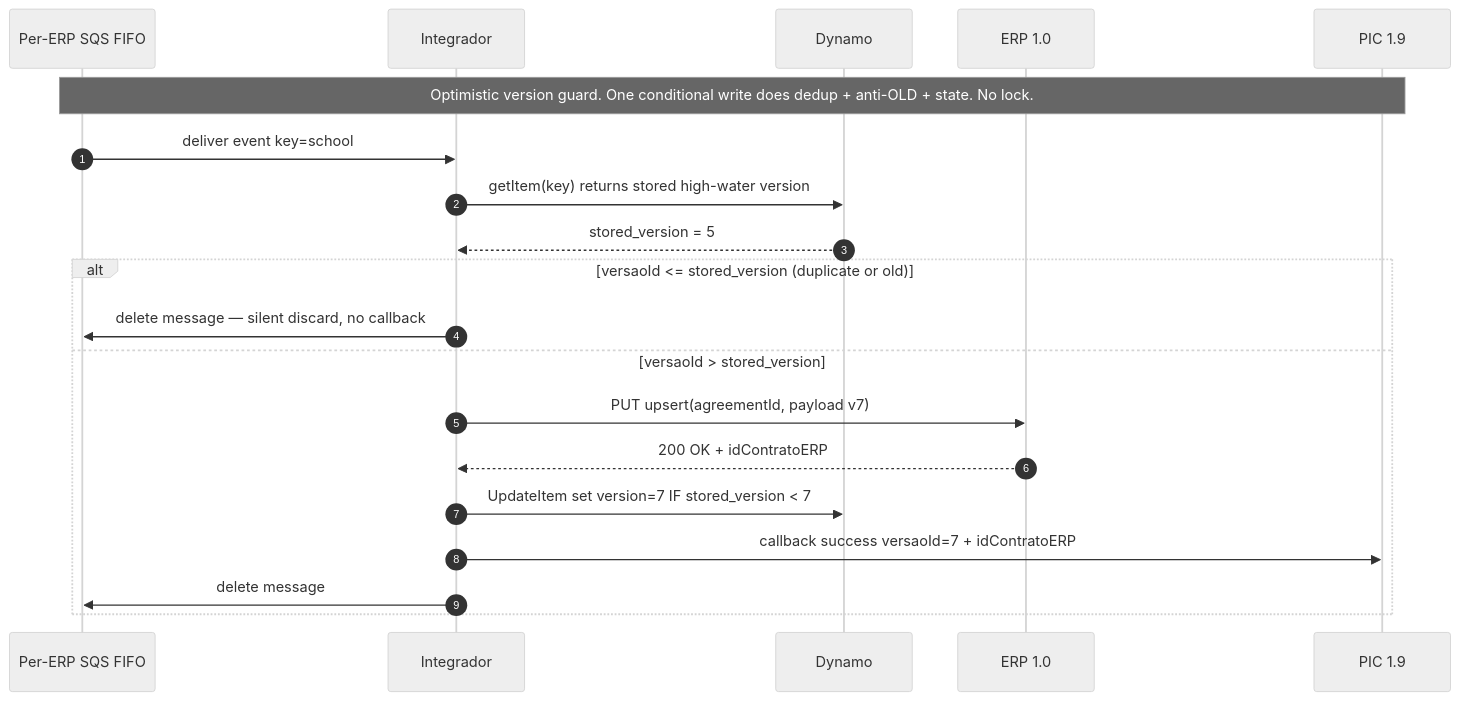
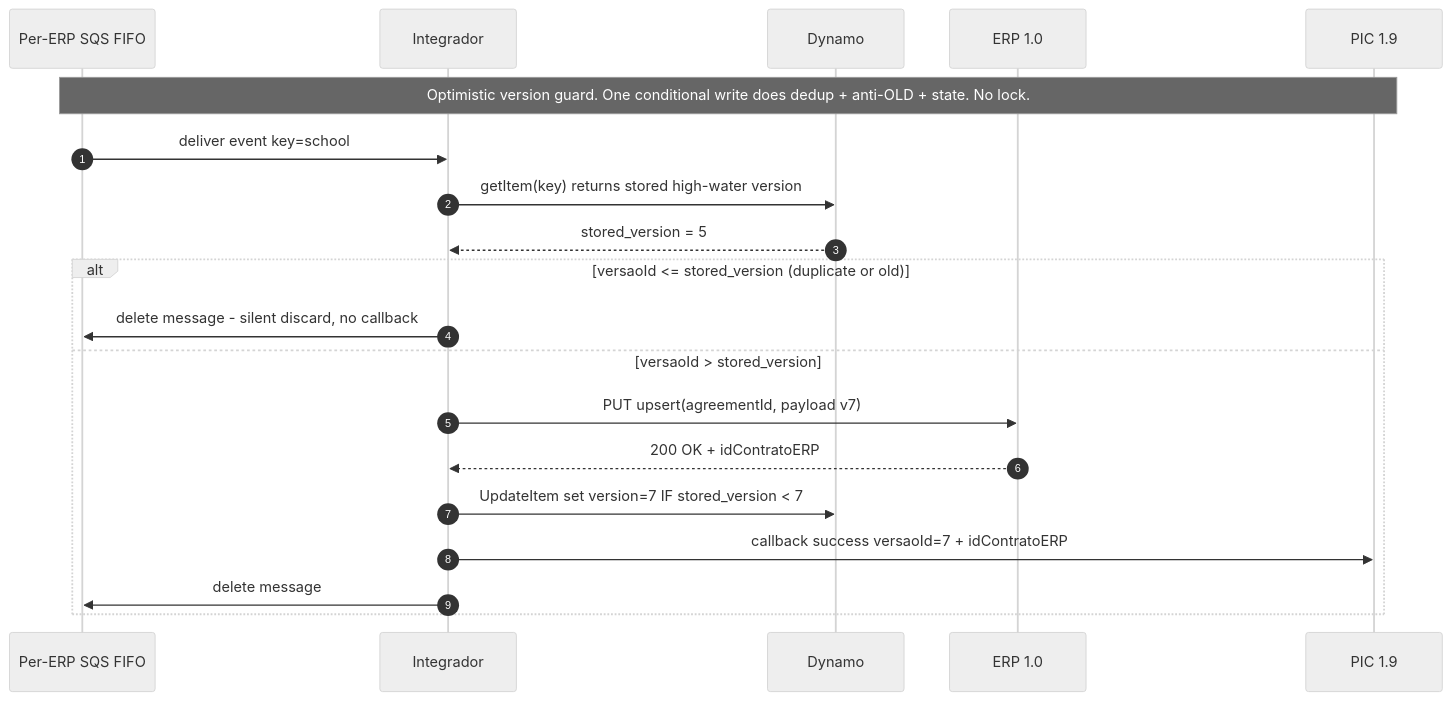
Before and after one commit to brunogsa/unix-utils: the second of 3 diagrams in configs/ai-docs/claude/skills/design-docs/references/example-good-adr.md, drawn with Mermaid (neutral theme). The commit also changed other lines of this file and 350 other files, not shown here.

````diff
--- a/configs/ai-docs/claude/skills/design-docs/references/example-good-adr.md
+++ b/configs/ai-docs/claude/skills/design-docs/references/example-good-adr.md
@@ -108,24 +108,24 @@
 ```mermaid
 sequenceDiagram
   autonumber
   participant Q as Per-ERP SQS FIFO
   participant C as Integrador
   participant D as Dynamo
   participant E as ERP 1.0
   participant P as PIC 1.9
 
   Note over Q,P: Optimistic version guard. One conditional write does dedup + anti-OLD + state. No lock.
 
   Q->>C: deliver event key=school#brand#agreement versaoId=7
   C->>D: getItem(key) returns stored high-water version
   D-->>C: stored_version = 5
   alt versaoId <= stored_version (duplicate or old)
-    C->>Q: delete message — silent discard, no callback
+    C->>Q: delete message - silent discard, no callback
   else versaoId > stored_version
     C->>E: PUT upsert(agreementId, payload v7)
     E-->>C: 200 OK + idContratoERP
     C->>D: UpdateItem set version=7 IF stored_version < 7
     C->>P: callback success versaoId=7 + idContratoERP
     C->>Q: delete message
   end
 ```
````
